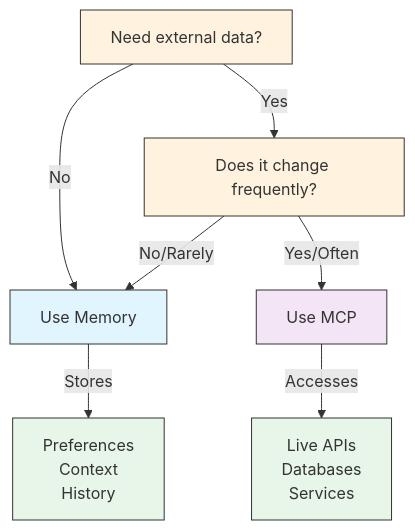
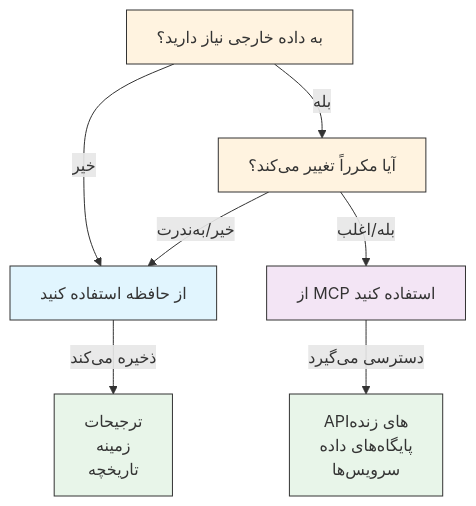
The fourth of 7 diagrams in fa/05-mcp/README.md (hassanbht/claude-howto), drawn with Mermaid before and after one commit. The commit also changed other lines of this file and 53 other files, not shown here.

````diff
--- a/fa/05-mcp/README.md
+++ b/fa/05-mcp/README.md
@@ -713,18 +722,18 @@
 ```mermaid
 graph TD
-    A["Need external data?"]
-    A -->|No| B["Use Memory"]
-    A -->|Yes| C["Does it change frequently?"]
-    C -->|No/Rarely| B
-    C -->|Yes/Often| D["Use MCP"]
+    A["به داده خارجی نیاز دارید؟"]
+    A -->|خیر| B["از حافظه استفاده کنید"]
+    A -->|بله| C["آیا مکرراً تغییر می‌کند؟"]
+    C -->|خیر/به‌ندرت| B
+    C -->|بله/اغلب| D["از MCP استفاده کنید"]
 
-    B -->|Stores| E["Preferences<br/>Context<br/>History"]
-    D -->|Accesses| F["Live APIs<br/>Databases<br/>Services"]
+    B -->|ذخیره می‌کند| E["ترجیحات<br/>زمینه<br/>تاریخچه"]
+    D -->|دسترسی می‌گیرد| F["APIهای زنده<br/>پایگاه‌های داده<br/>سرویس‌ها"]
 
     style A fill:#fff3e0,stroke:#333,color:#333
     style B fill:#e1f5fe,stroke:#333,color:#333
     style C fill:#fff3e0,stroke:#333,color:#333
     style D fill:#f3e5f5,stroke:#333,color:#333
     style E fill:#e8f5e9,stroke:#333,color:#333
     style F fill:#e8f5e9,stroke:#333,color:#333
 ```
````
